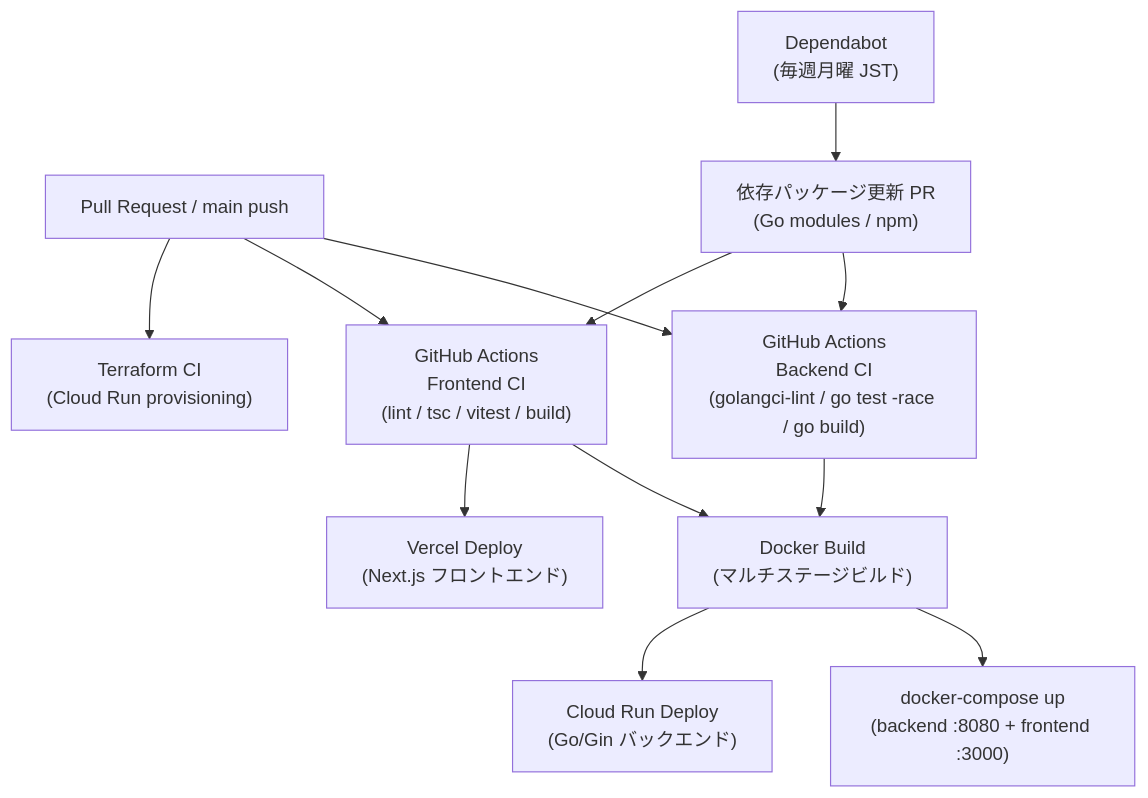
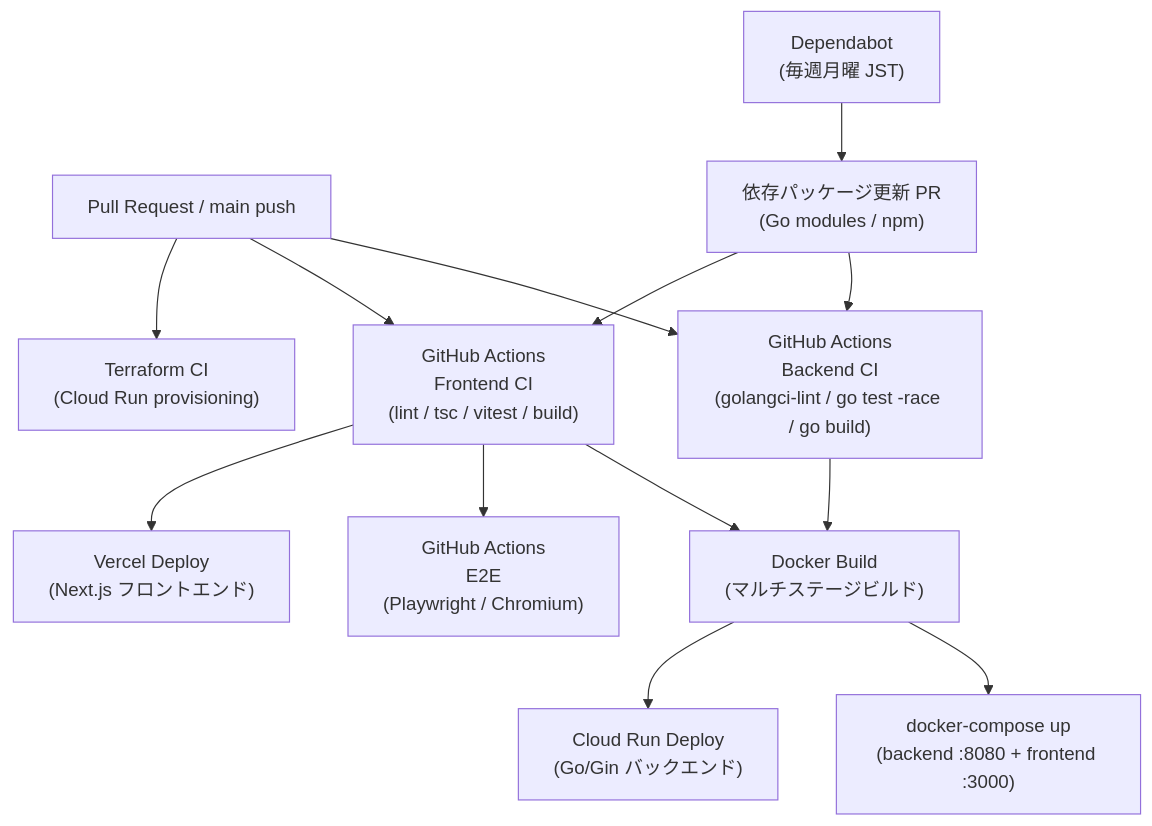
Before and after one commit to glkt3912/yield-guard: the second of 3 diagrams in docs/architecture.md, drawn with Mermaid. The commit also changed other lines of this file and 34 other files, not shown here.

````diff
--- a/docs/architecture.md
+++ b/docs/architecture.md
@@ -43,25 +43,27 @@
 ```mermaid
 graph TD
     PR["Pull Request / main push"]
     CI_BE["GitHub Actions\nBackend CI\n(golangci-lint / go test -race / go build)"]
     CI_FE["GitHub Actions\nFrontend CI\n(lint / tsc / vitest / build)"]
+    CI_E2E["GitHub Actions\nE2E\n(Playwright / Chromium)"]
     Docker["Docker Build\n(マルチステージビルド)"]
     Compose["docker-compose up\n(backend :8080 + frontend :3000)"]
     Vercel["Vercel Deploy\n(Next.js フロントエンド)"]
     CloudRun["Cloud Run Deploy\n(Go/Gin バックエンド)"]
     Terraform["Terraform CI\n(Cloud Run provisioning)"]
     Dependabot["Dependabot\n(毎週月曜 JST)"]
     DepPR["依存パッケージ更新 PR\n(Go modules / npm)"]
 
     PR --> CI_BE
     PR --> CI_FE
     PR --> Terraform
     CI_BE --> Docker
     CI_FE --> Docker
+    CI_FE --> CI_E2E
     Docker --> Compose
     CI_FE --> Vercel
     Docker --> CloudRun
     Dependabot --> DepPR
     DepPR --> CI_BE
     DepPR --> CI_FE
 ```
````
